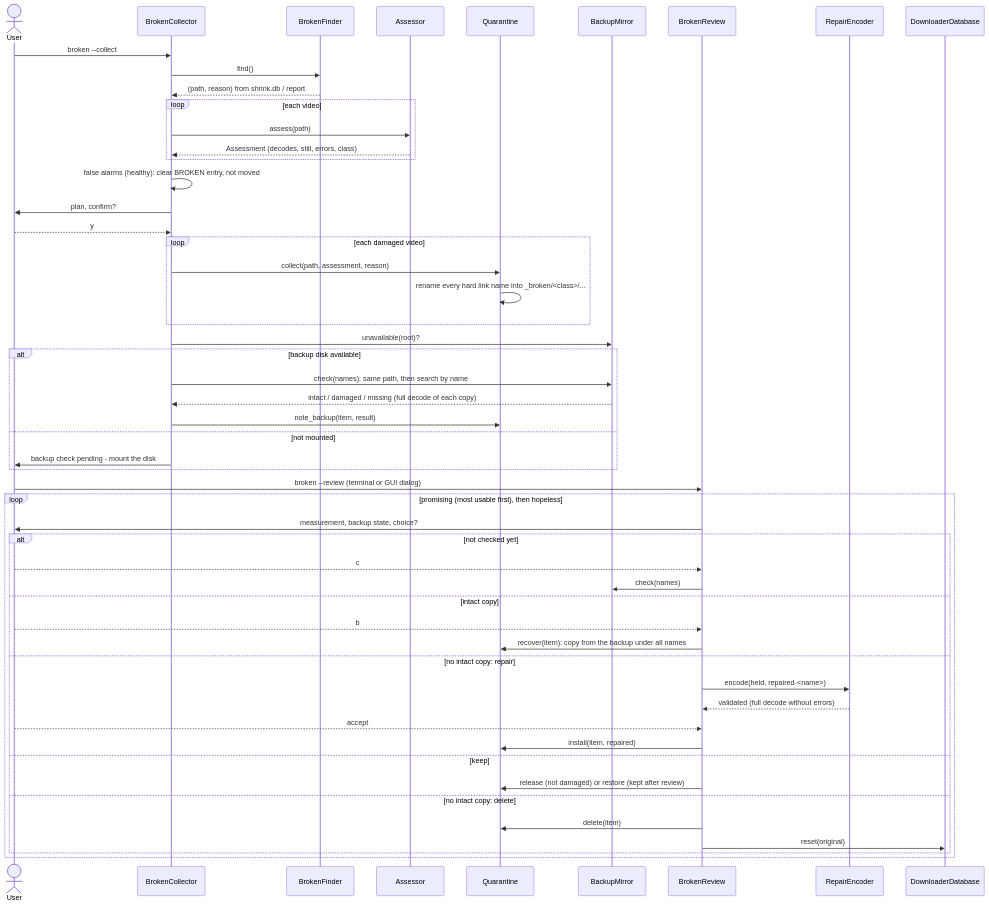
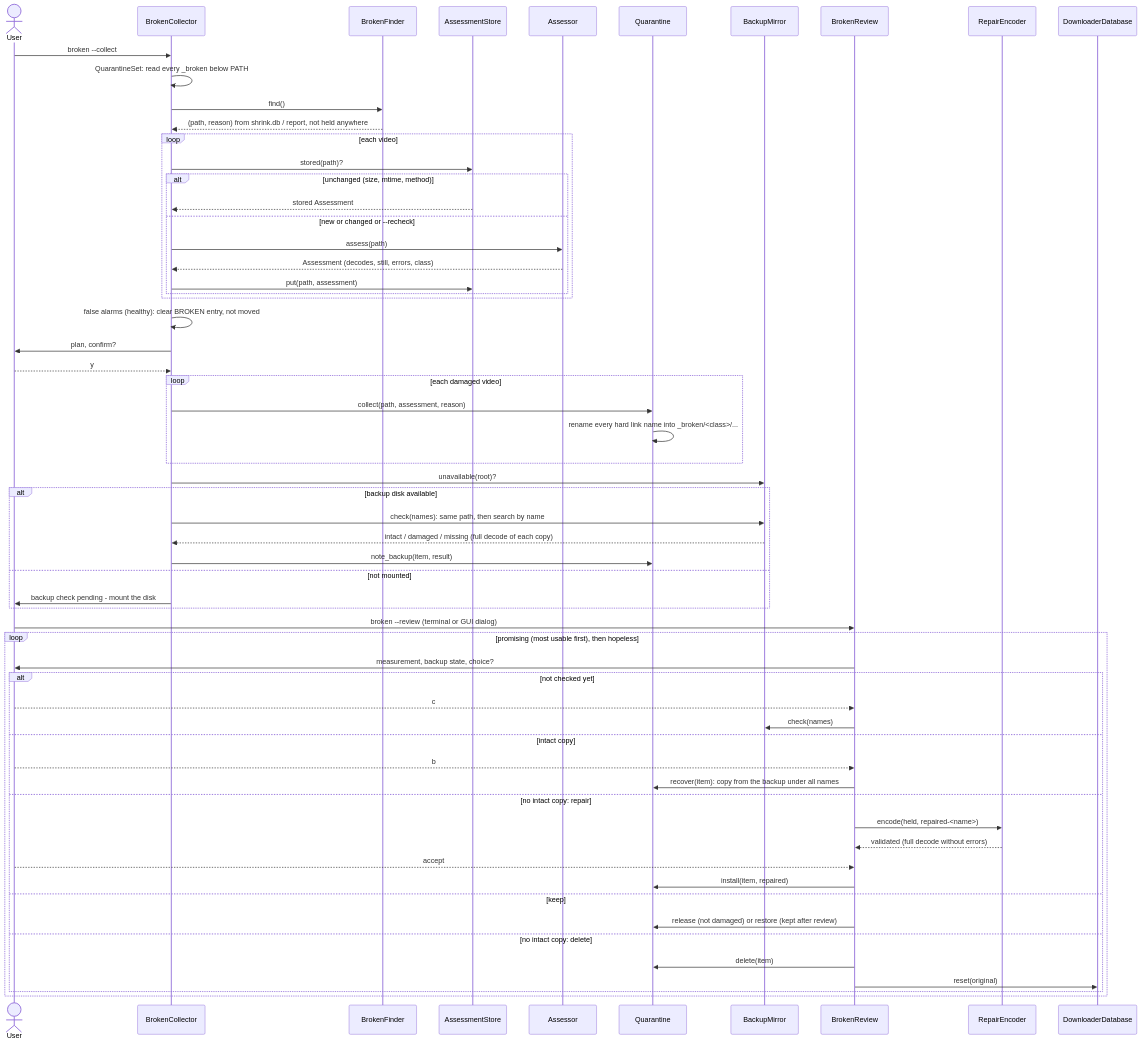
Before and after one commit to peddanet/mediatools: the diagram in docs/img/seq_broken.mmd, drawn with Mermaid. The commit also changed 30 other files, not shown here.

First line of the commit message:
Release 1.8.0: broken - all _broken folders, stored measurements, complete reports; shrink job display

```diff
--- a/docs/img/seq_broken.mmd
+++ b/docs/img/seq_broken.mmd
@@ -1,53 +1,61 @@
 sequenceDiagram
   actor U as User
   participant C as BrokenCollector
   participant F as BrokenFinder
+  participant S as AssessmentStore
   participant A as Assessor
   participant Q as Quarantine
   participant K as BackupMirror
   participant B as BrokenReview
   participant E as RepairEncoder
   participant D as DownloaderDatabase
   U->>C: broken --collect
+  C->>C: QuarantineSet: read every _broken below PATH
   C->>F: find()
-  F-->>C: (path, reason) from shrink.db / report
+  F-->>C: (path, reason) from shrink.db / report, not held anywhere
   loop each video
-    C->>A: assess(path)
-    A-->>C: Assessment (decodes, still, errors, class)
+    C->>S: stored(path)?
+    alt unchanged (size, mtime, method)
+      S-->>C: stored Assessment
+    else new or changed or --recheck
+      C->>A: assess(path)
+      A-->>C: Assessment (decodes, still, errors, class)
+      C->>S: put(path, assessment)
+    end
   end
   C->>C: false alarms (healthy): clear BROKEN entry, not moved
   C->>U: plan, confirm?
   U-->>C: y
   loop each damaged video
     C->>Q: collect(path, assessment, reason)
     Q->>Q: rename every hard link name into _broken/<class>/...
   end
   C->>K: unavailable(root)?
   alt backup disk available
     C->>K: check(names): same path, then search by name
     K-->>C: intact / damaged / missing (full decode of each copy)
     C->>Q: note_backup(item, result)
   else not mounted
     C->>U: backup check pending - mount the disk
   end
   U->>B: broken --review (terminal or GUI dialog)
   loop promising (most usable first), then hopeless
     B->>U: measurement, backup state, choice?
     alt not checked yet
       U-->>B: c
       B->>K: check(names)
     else intact copy
       U-->>B: b
       B->>Q: recover(item): copy from the backup under all names
     else no intact copy: repair
       B->>E: encode(held, repaired-<name>)
       E-->>B: validated (full decode without errors)
       U-->>B: accept
       B->>Q: install(item, repaired)
     else keep
       B->>Q: release (not damaged) or restore (kept after review)
     else no intact copy: delete
       B->>Q: delete(item)
       B->>D: reset(original)
     end
   end
```
